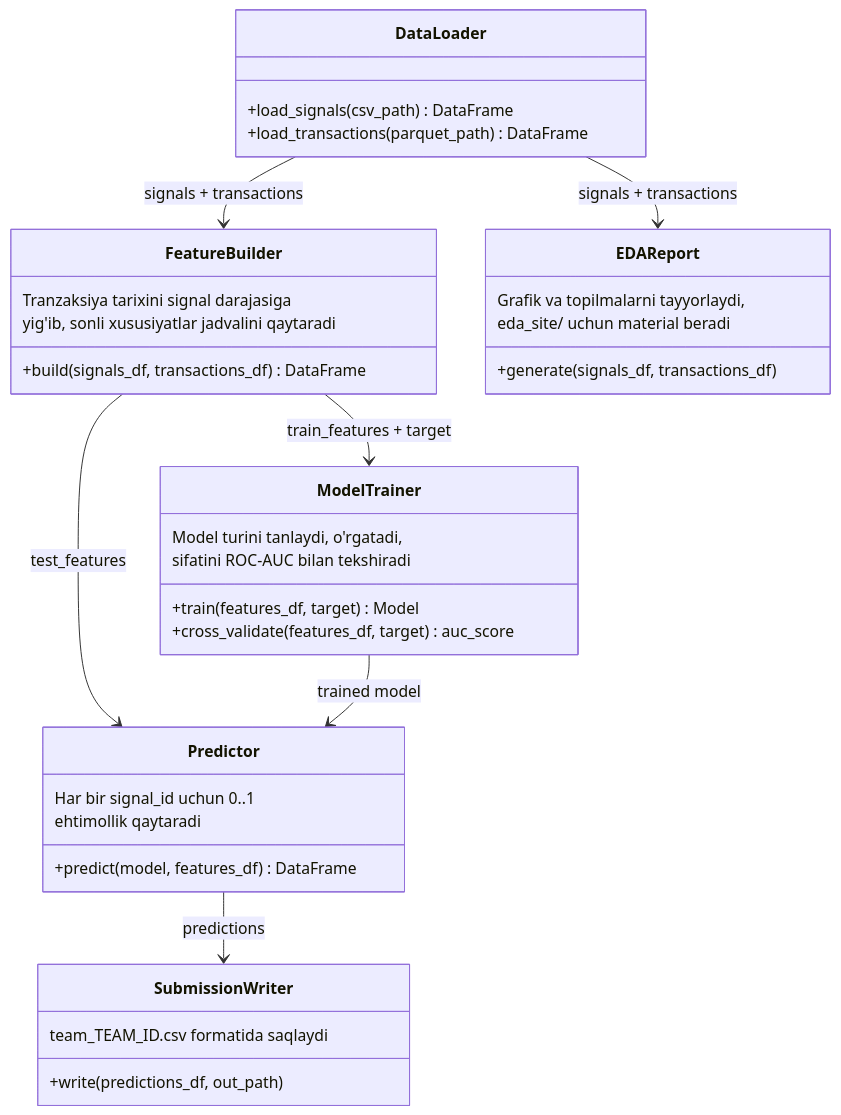
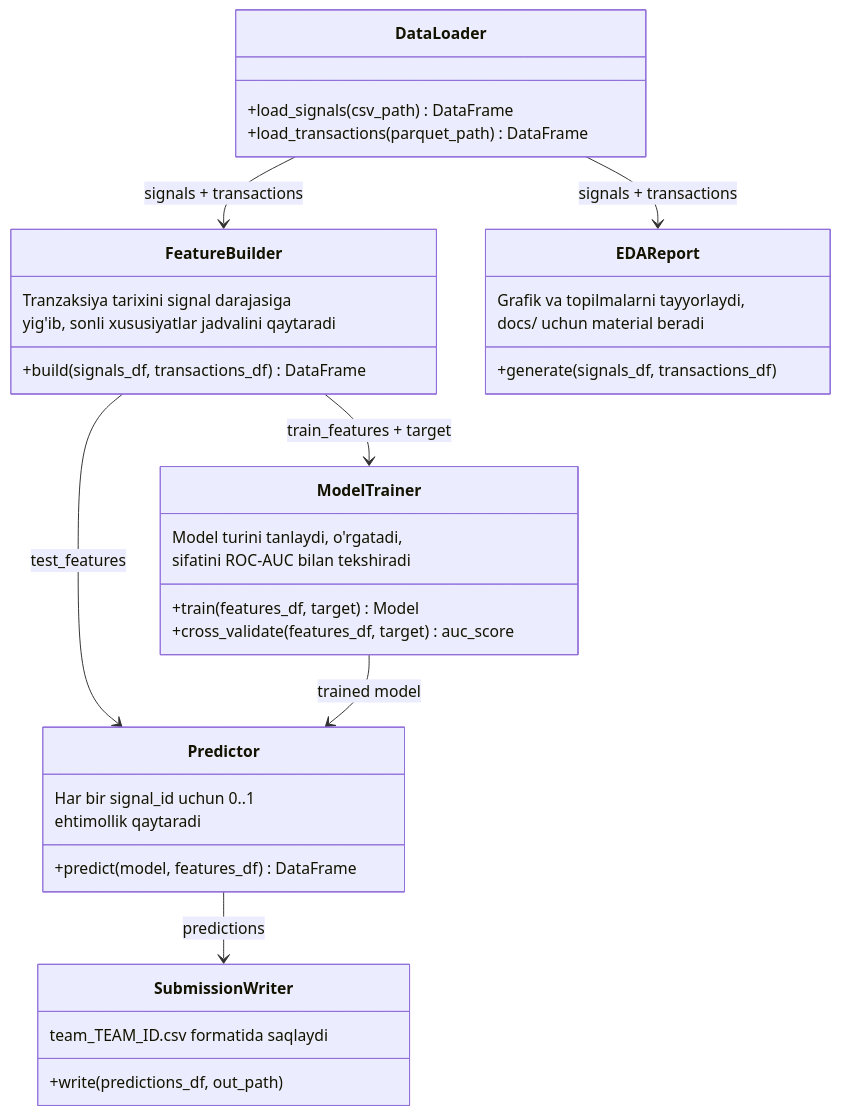
The second of 2 diagrams in ARCHITECTURE.md (alimboyevjayxun007/financial-sector-monitoring), drawn with Mermaid before and after one commit. The commit also changed other lines of this file and 15 other files, not shown here.

````diff
--- a/ARCHITECTURE.md
+++ b/ARCHITECTURE.md
@@ -75,44 +75,44 @@
 ```mermaid
 classDiagram
     class DataLoader {
         +load_signals(csv_path) DataFrame
         +load_transactions(parquet_path) DataFrame
     }
 
     class FeatureBuilder {
         +build(signals_df, transactions_df) DataFrame
         Tranzaksiya tarixini signal darajasiga
         yig'ib, sonli xususiyatlar jadvalini qaytaradi
     }
 
     class ModelTrainer {
         +train(features_df, target) Model
         +cross_validate(features_df, target) auc_score
         Model turini tanlaydi, o'rgatadi,
         sifatini ROC-AUC bilan tekshiradi
     }
 
     class Predictor {
         +predict(model, features_df) DataFrame
         Har bir signal_id uchun 0..1
         ehtimollik qaytaradi
     }
 
     class SubmissionWriter {
         +write(predictions_df, out_path)
         team_TEAM_ID.csv formatida saqlaydi
     }
 
     class EDAReport {
         +generate(signals_df, transactions_df)
         Grafik va topilmalarni tayyorlaydi,
-        eda_site/ uchun material beradi
+        docs/ uchun material beradi
     }
 
     DataLoader --> FeatureBuilder : signals + transactions
     FeatureBuilder --> ModelTrainer : train_features + target
     FeatureBuilder --> Predictor : test_features
     ModelTrainer --> Predictor : trained model
     Predictor --> SubmissionWriter : predictions
     DataLoader --> EDAReport : signals + transactions
 ```
````
